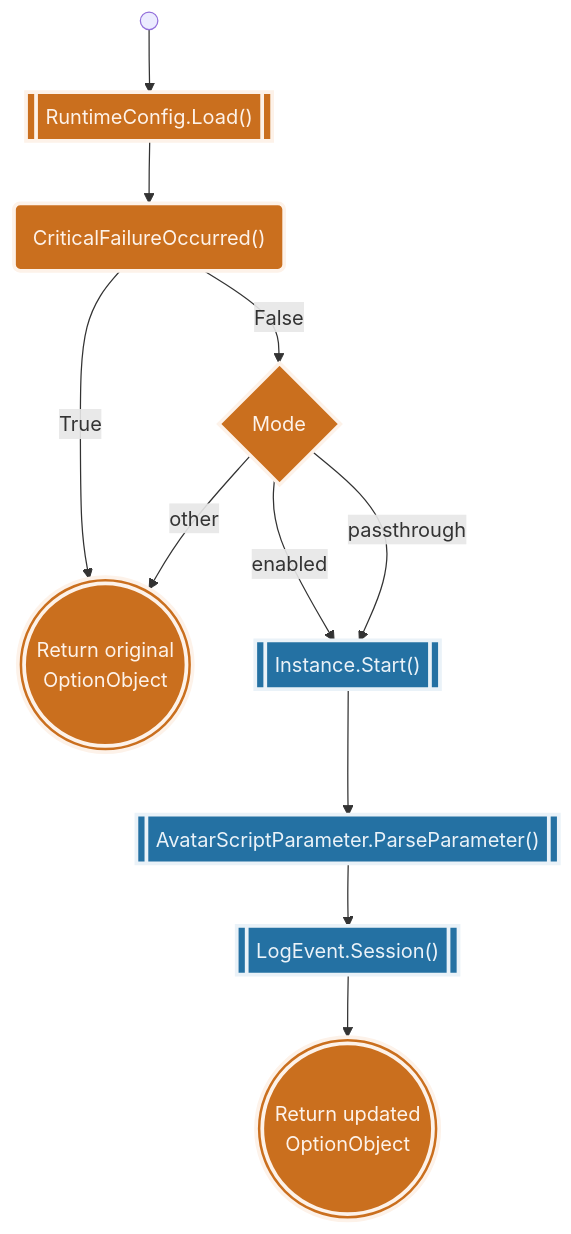
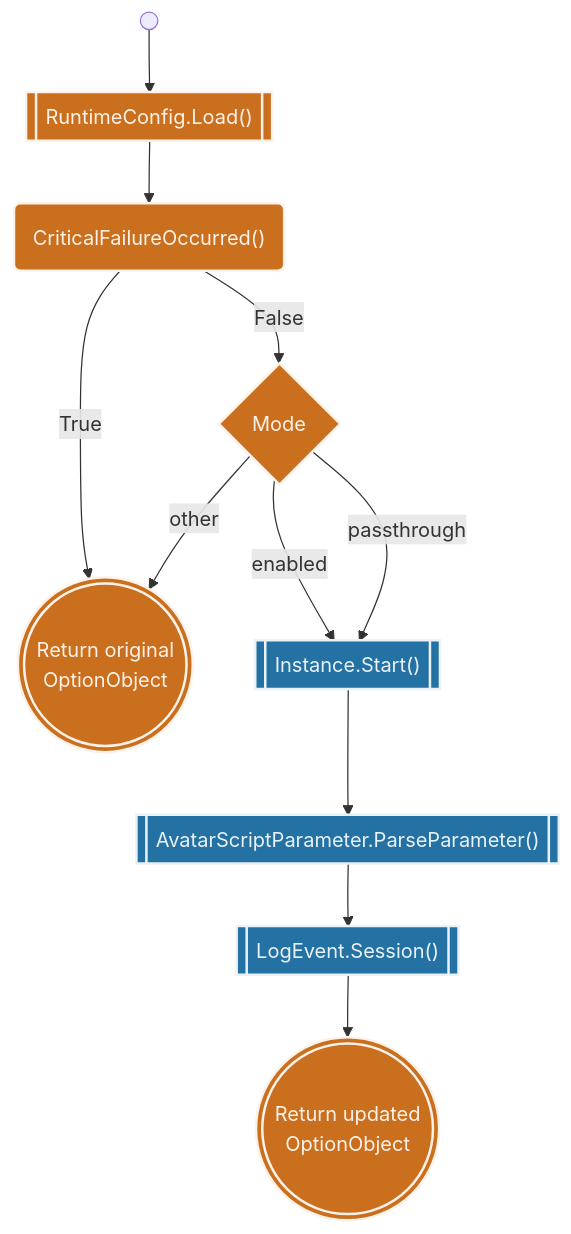
Before and after one commit to spectrum-health-systems/tingen-documentation: the first of 2 diagrams in static/diagrams/TingenWebService.md, drawn with Mermaid. The commit also changed other lines of this file, not shown here.

````diff
--- a/static/diagrams/TingenWebService.md
+++ b/static/diagrams/TingenWebService.md
@@ -26,29 +26,29 @@
 ```mermaid
 flowchart TD
     %% Components
     Start@{shape: sm-circ, label: ""}
     RuntimeConfig_Load@{shape: fr-rect, label: "RuntimeConfig.Load()"}
     CriticalFailureOccurred@{shape: rounded, label: "CriticalFailureOccurred()"}
     ReturnOriginalOptionObject@{shape: dbl-circ, label: "Return original\nOptionObject"}
     Mode@{shape: diam, label: "Mode"}
     Instance.Start@{shape: fr-rect, label: "Instance.Start()"}
     ParseParameter@{shape: fr-rect, label: "AvatarScriptParameter.ParseParameter()"}
     LogSession@{shape: fr-rect, label: "LogEvent.Session()"}
     ReturnUpdatedOptionObject@{shape: dbl-circ, label: "Return updated\nOptionObject"}
     %% Layout
     Start --> RuntimeConfig_Load:::E3_ --> CriticalFailureOccurred:::E3_
     CriticalFailureOccurred -- True --> ReturnOriginalOptionObject:::E3_
     CriticalFailureOccurred -- False --> Mode:::E3_
     Mode -- enabled --> Instance.Start:::U3_
     Mode -- passthrough --> Instance.Start
     Mode -- other --> ReturnOriginalOptionObject
     Instance.Start --> ParseParameter:::U3_
     ParseParameter --> LogSession:::U3_
     LogSession --> ReturnUpdatedOptionObject:::E3_
     %% Styles
-    classDef E3_ stroke:#fdf2e9,stroke-width:3px,fill:#ca6f1e,color:#fdf2e9
-    classDef U3_ stroke:#eaf2f8,stroke-width:3px,fill:#2471a3,color:#eaf2f8
+    classDef E3_ stroke:#fdf2e9,stroke-width:2px,fill:#ca6f1e,color:#fdf2e9
+    classDef U3_ stroke:#eaf2f8,stroke-width:2px,fill:#2471a3,color:#eaf2f8
     %% Links
     click RuntimeConfig_Load "https://github.com/spectrum-health-systems/tingen-documentation-project/blob/main/static/diagrams/TingenWebService.Configuration.md#tingenwebserviceconfigurationruntimeconfigcs"
     click CriticalFailureOccurred "https://github.com/spectrum-health-systems/tingen-documentation-project/blob/main/static/diagrams/TingenWebService.md#criticalfailureoccurred"
 ```
````
